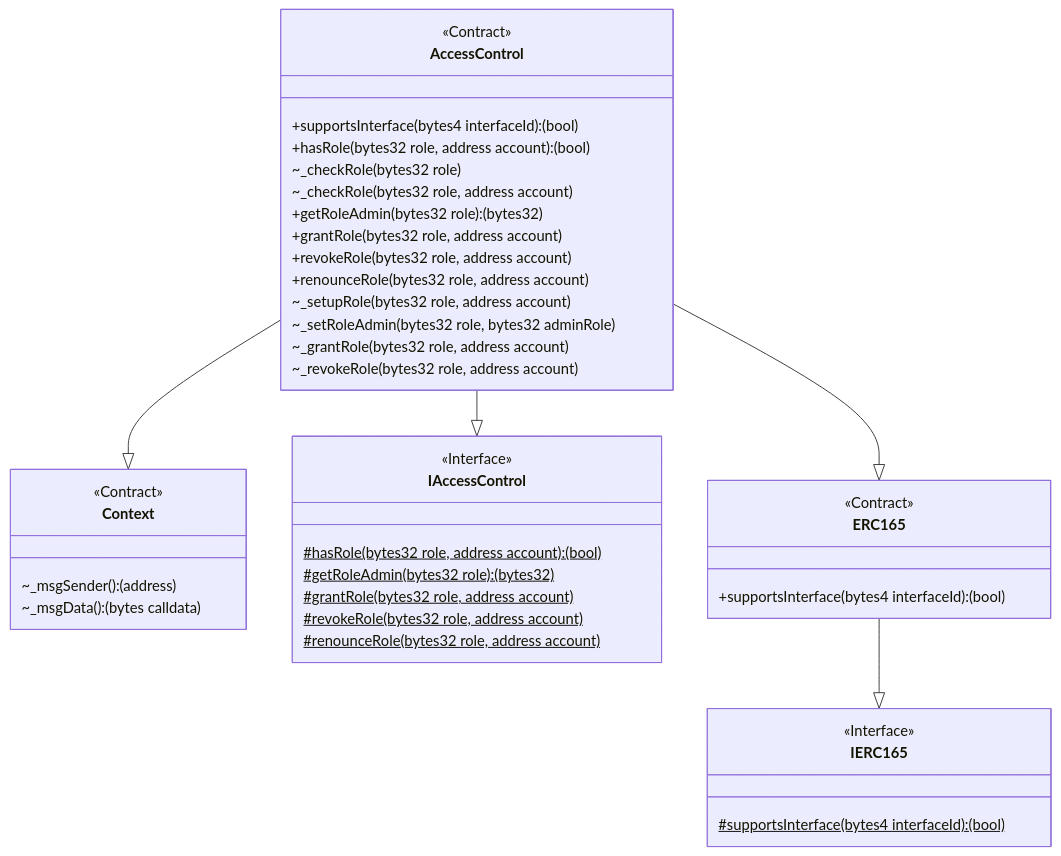
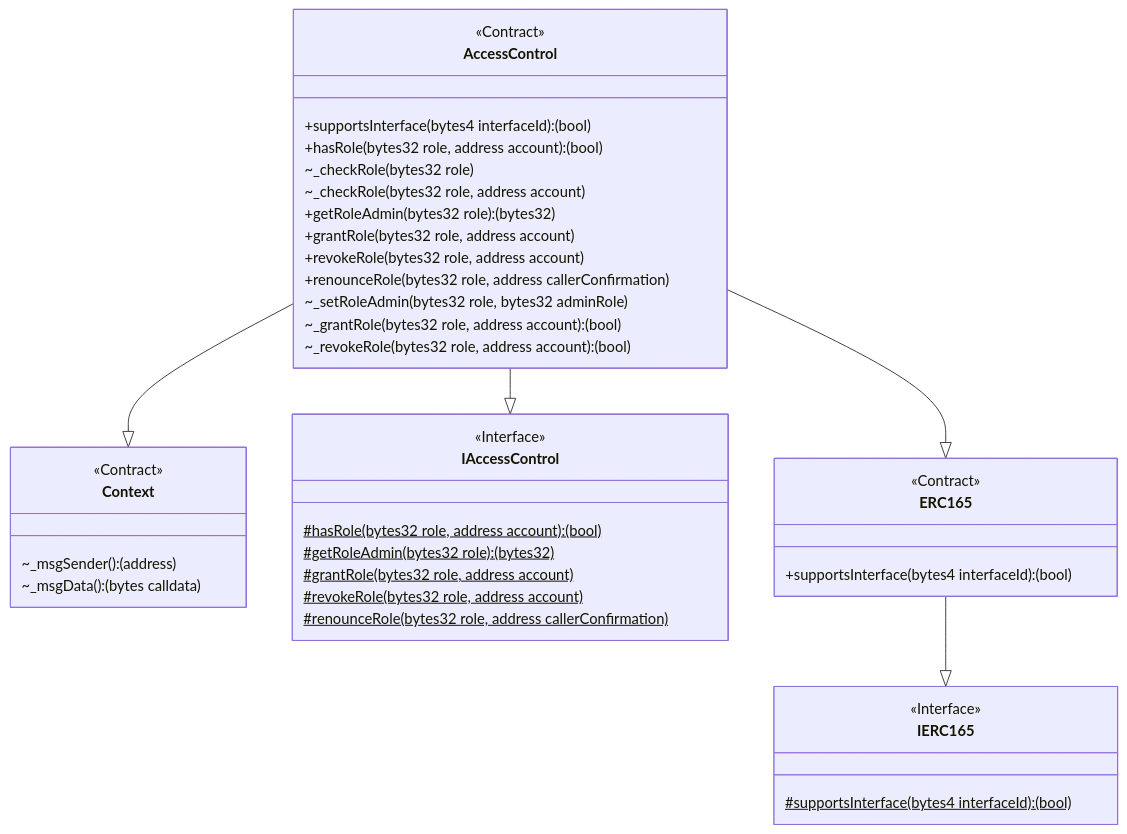
One commit to ernestognw/mermaid-contracts changed the diagram in generated/@openzeppelin/contracts/access/AccessControl.mmd. Above: the diagram before and after it, drawn with Mermaid. The commit also changed 201 other files, not shown here.

```diff
--- a/generated/@openzeppelin/contracts/access/AccessControl.mmd
+++ b/generated/@openzeppelin/contracts/access/AccessControl.mmd
@@ -1,54 +1,53 @@
 classDiagram
-  %% 1806:6295:0
+  %% 1953:5096:0
   class AccessControl {
     <<Contract>>
     +supportsInterface(bytes4 interfaceId): (bool)
     +hasRole(bytes32 role, address account): (bool)
     ~_checkRole(bytes32 role)
     ~_checkRole(bytes32 role, address account)
     +getRoleAdmin(bytes32 role): (bytes32)
     +grantRole(bytes32 role, address account)
     +revokeRole(bytes32 role, address account)
-    +renounceRole(bytes32 role, address account)
-    ~_setupRole(bytes32 role, address account)
+    +renounceRole(bytes32 role, address callerConfirmation)
     ~_setRoleAdmin(bytes32 role, bytes32 adminRole)
-    ~_grantRole(bytes32 role, address account)
-    ~_revokeRole(bytes32 role, address account)
+    ~_grantRole(bytes32 role, address account): (bool)
+    ~_revokeRole(bytes32 role, address account): (bool)
   }
   
   AccessControl --|> Context
   
-  %% 608:235:2
+  %% 624:235:2
   class Context {
     <<Contract>>
     ~_msgSender(): (address)
     ~_msgData(): (bytes calldata)
   }
   
   AccessControl --|> IAccessControl
   
-  %% 209:2710:1
+  %% 225:3033:1
   class IAccessControl {
     <<Interface>>
     #hasRole(bytes32 role, address account): (bool)$
     #getRoleAdmin(bytes32 role): (bytes32)$
     #grantRole(bytes32 role, address account)$
     #revokeRole(bytes32 role, address account)$
-    #renounceRole(bytes32 role, address account)$
+    #renounceRole(bytes32 role, address callerConfirmation)$
   }
   
   AccessControl --|> ERC165
   
-  %% 726:260:4
+  %% 659:251:3
   class ERC165 {
     <<Contract>>
     +supportsInterface(bytes4 interfaceId): (bool)
   }
   
   ERC165 --|> IERC165
   
-  %% 405:447:5
+  %% 421:447:4
   class IERC165 {
     <<Interface>>
     #supportsInterface(bytes4 interfaceId): (bool)$
   }
```
